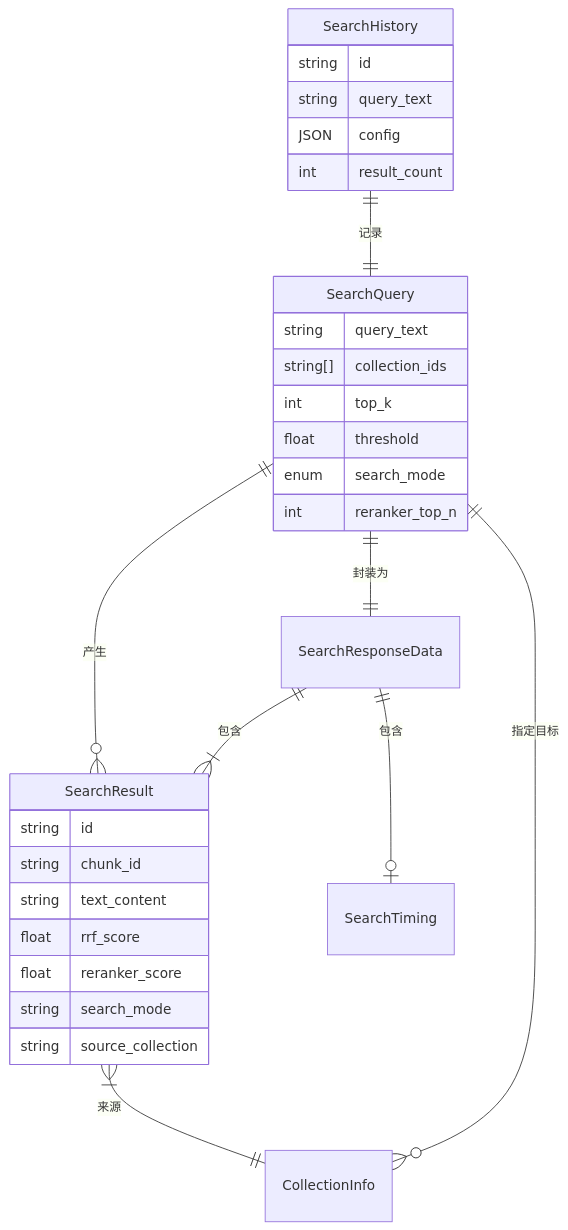
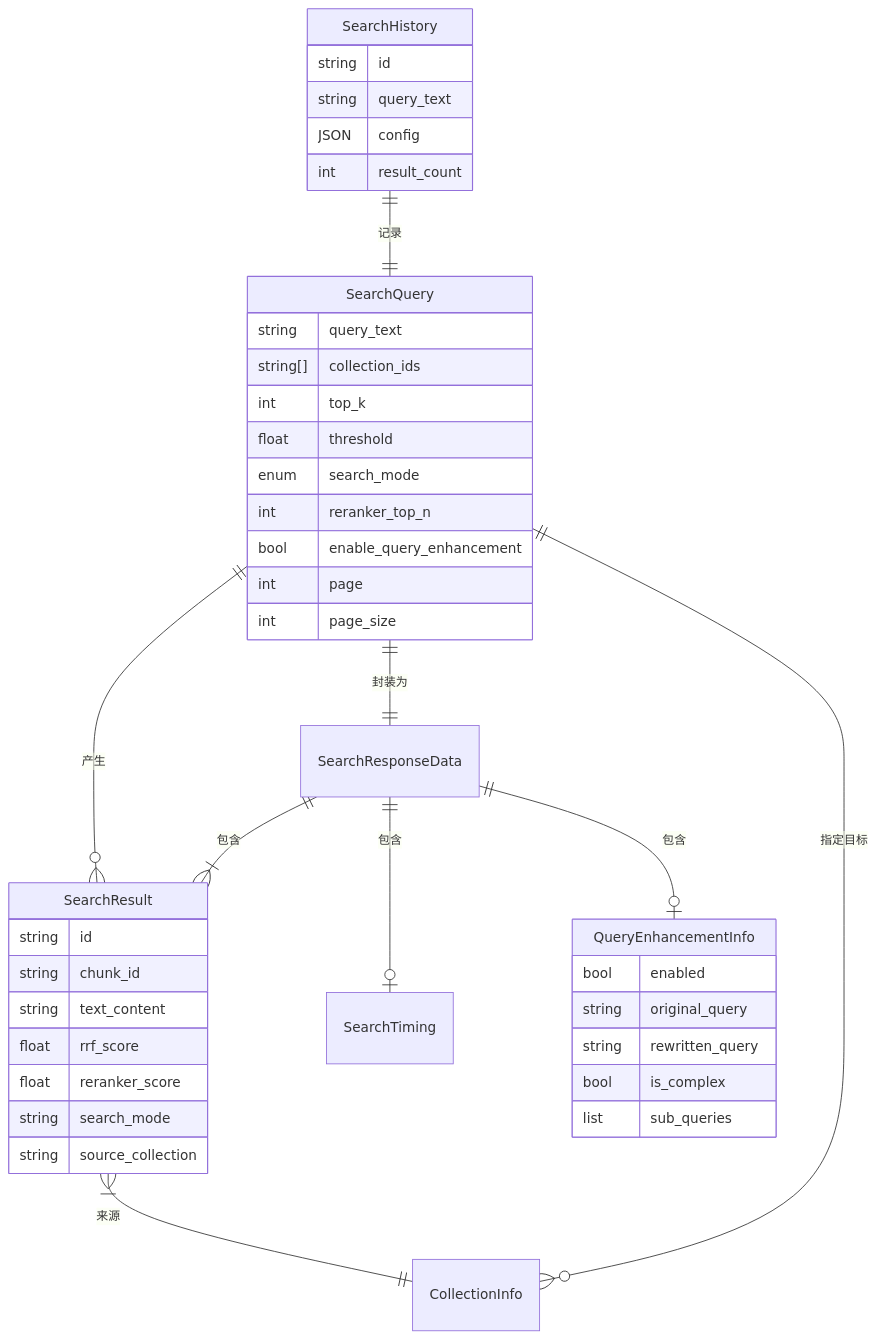
Before and after one commit to qingni/rag-pipeline-hub: the first of 3 diagrams in specs/005-search-query-opt/data-model.md, drawn with Mermaid. The commit also changed other lines of this file and 54 other files, not shown here.

First line of the commit message:
feat(search-query): 查询增强、三层防御体系、跨模型联合搜索及文档同步更新

````diff
--- a/specs/005-search-query-opt/data-model.md
+++ b/specs/005-search-query-opt/data-model.md
@@ -128,36 +150,48 @@
 ```mermaid
 erDiagram
     SearchQuery ||--o{ SearchResult : "产生"
     SearchQuery ||--|| SearchResponseData : "封装为"
     SearchResponseData ||--|{ SearchResult : "包含"
     SearchResponseData ||--o| SearchTiming : "包含"
+    SearchResponseData ||--o| QueryEnhancementInfo : "包含"
     SearchQuery ||--o{ CollectionInfo : "指定目标"
     SearchResult }|--|| CollectionInfo : "来源"
     SearchHistory ||--|| SearchQuery : "记录"
     
     SearchQuery {
         string query_text
         string[] collection_ids
         int top_k
         float threshold
         enum search_mode
         int reranker_top_n
+        bool enable_query_enhancement
+        int page
+        int page_size
+    }
+    
+    QueryEnhancementInfo {
+        bool enabled
+        string original_query
+        string rewritten_query
+        bool is_complex
+        list sub_queries
     }
     
     SearchResult {
         string id
         string chunk_id
         string text_content
         float rrf_score
         float reranker_score
         string search_mode
         string source_collection
     }
     
     SearchHistory {
         string id
         string query_text
         JSON config
         int result_count
     }
 ```
````
